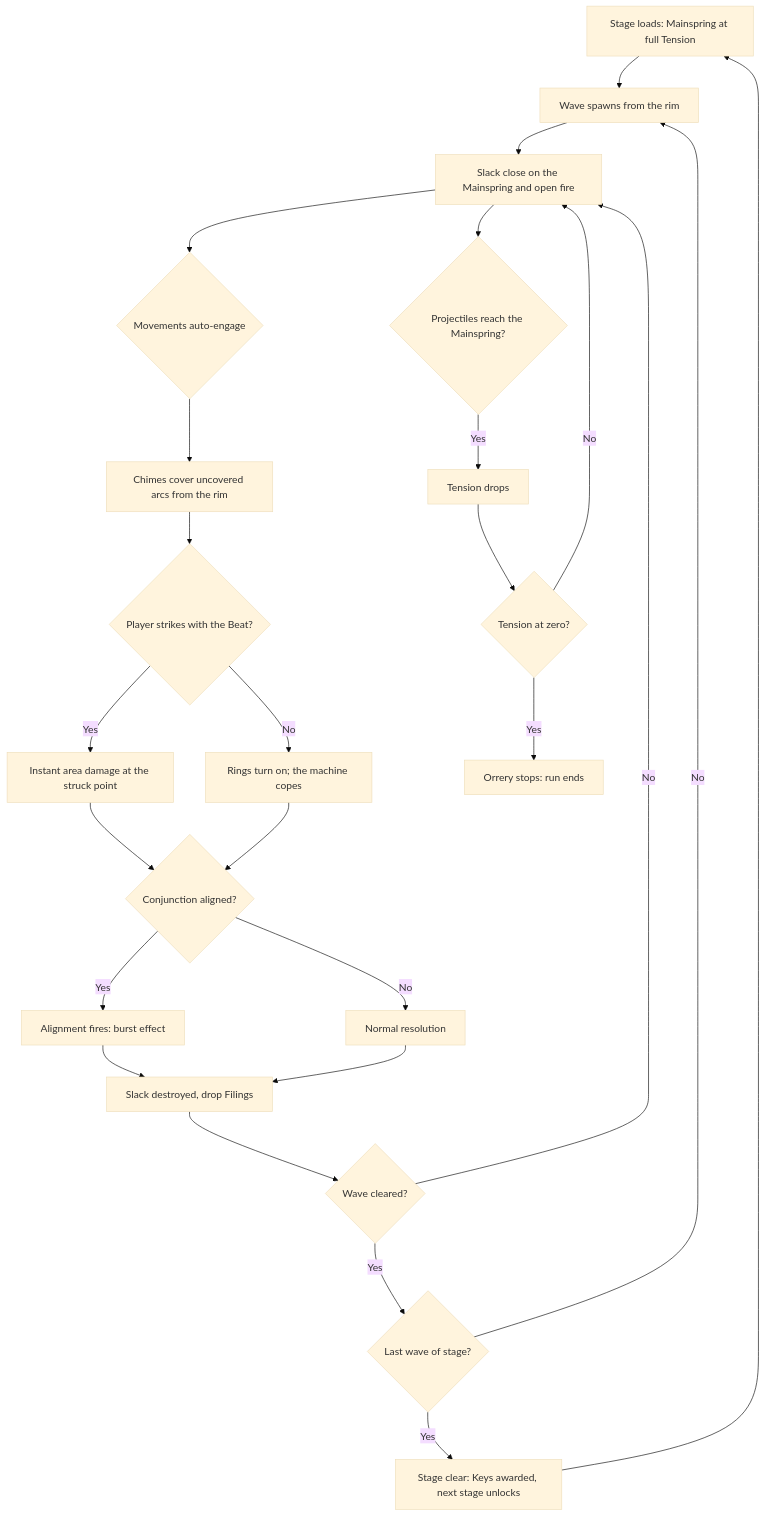
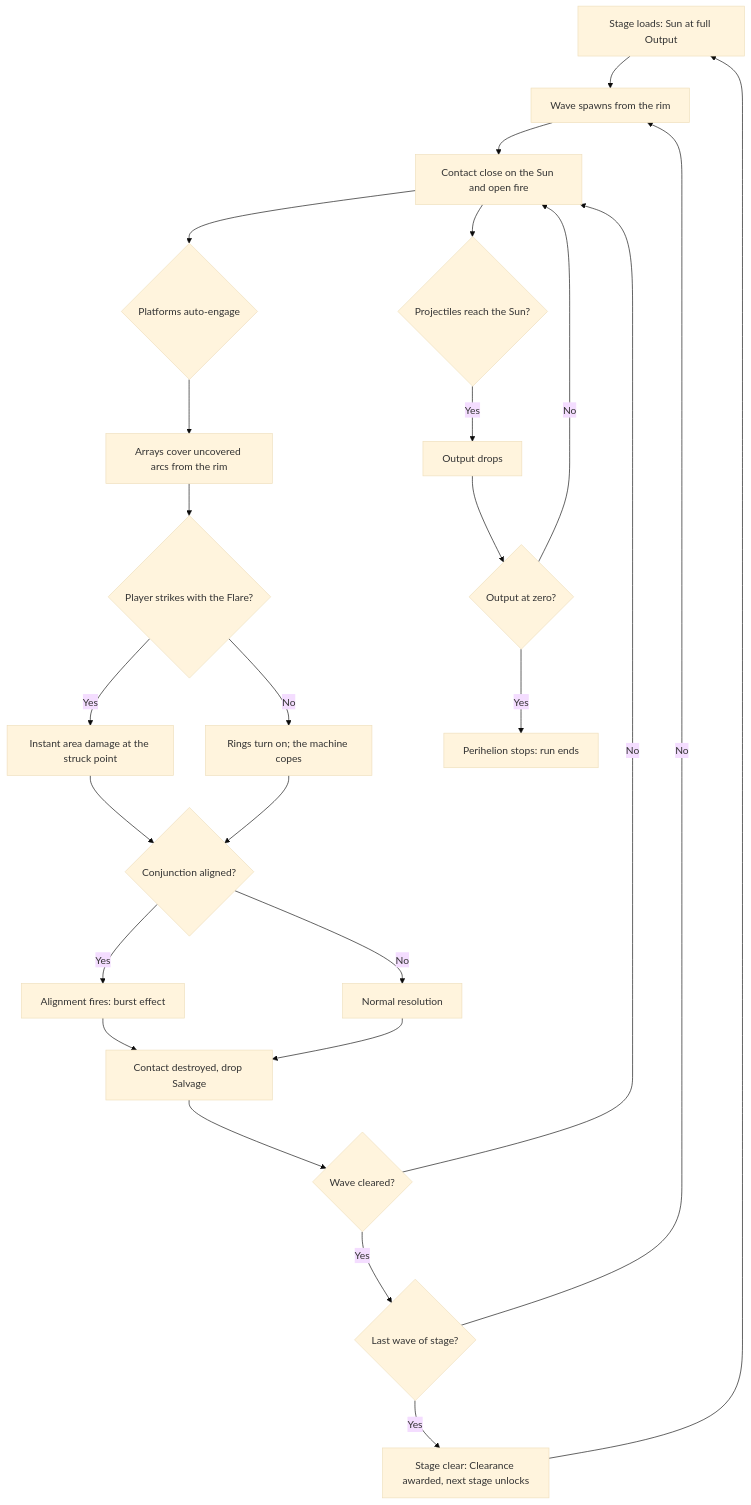
One commit to pummelgrille-afk/Incremental changed the first of 2 diagrams in docs/design/game-loop.md. Above: the diagram before and after it, drawn with Mermaid (base theme). The commit also changed other lines of this file and 98 other files, not shown here.

````diff
--- a/docs/design/game-loop.md
+++ b/docs/design/game-loop.md
@@ -20,28 +20,28 @@
 ```mermaid
 flowchart TD
-    A[Stage loads: Mainspring at full Tension] --> B[Wave spawns from the rim]
-    B --> C[Slack close on the Mainspring and open fire]
-    C --> D{Movements auto-engage}
-    D --> E[Chimes cover uncovered arcs from the rim]
-    E --> F{Player strikes with the Beat?}
+    A[Stage loads: Sun at full Output] --> B[Wave spawns from the rim]
+    B --> C[Contact close on the Sun and open fire]
+    C --> D{Platforms auto-engage}
+    D --> E[Arrays cover uncovered arcs from the rim]
+    E --> F{Player strikes with the Flare?}
     F -->|Yes| G[Instant area damage at the struck point]
     F -->|No| H[Rings turn on; the machine copes]
     G --> I{Conjunction aligned?}
     H --> I
     I -->|Yes| J[Alignment fires: burst effect]
     I -->|No| K[Normal resolution]
-    J --> L[Slack destroyed, drop Filings]
+    J --> L[Contact destroyed, drop Salvage]
     K --> L
     L --> M{Wave cleared?}
     M -->|No| C
     M -->|Yes| N{Last wave of stage?}
     N -->|No| B
-    N -->|Yes| O[Stage clear: Keys awarded, next stage unlocks]
+    N -->|Yes| O[Stage clear: Clearance awarded, next stage unlocks]
     O --> A
 
-    C --> P{Projectiles reach the Mainspring?}
-    P -->|Yes| Q[Tension drops]
-    Q --> R{Tension at zero?}
-    R -->|Yes| S[Orrery stops: run ends]
+    C --> P{Projectiles reach the Sun?}
+    P -->|Yes| Q[Output drops]
+    Q --> R{Output at zero?}
+    R -->|Yes| S[Perihelion stops: run ends]
     R -->|No| C
 ```
````
